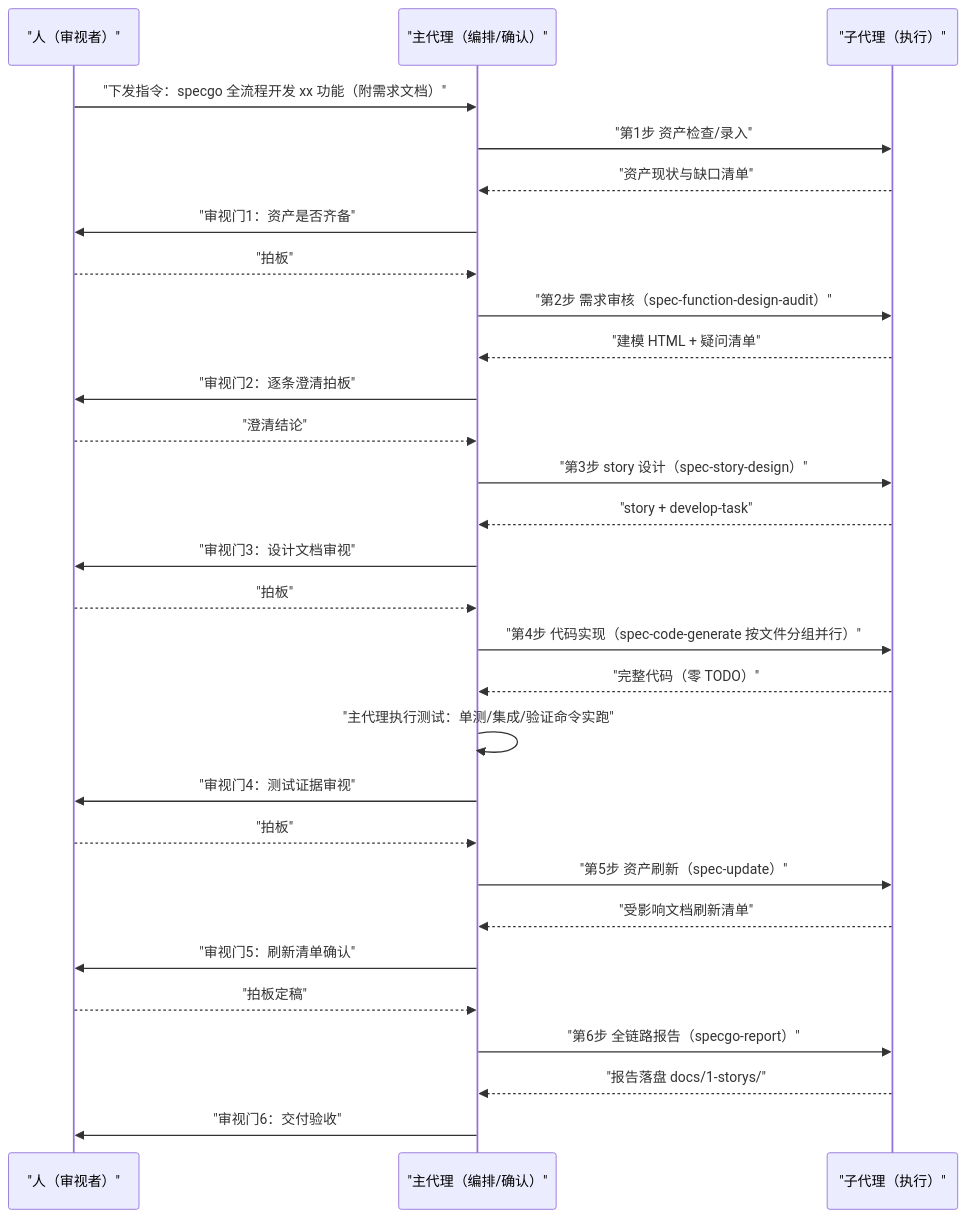
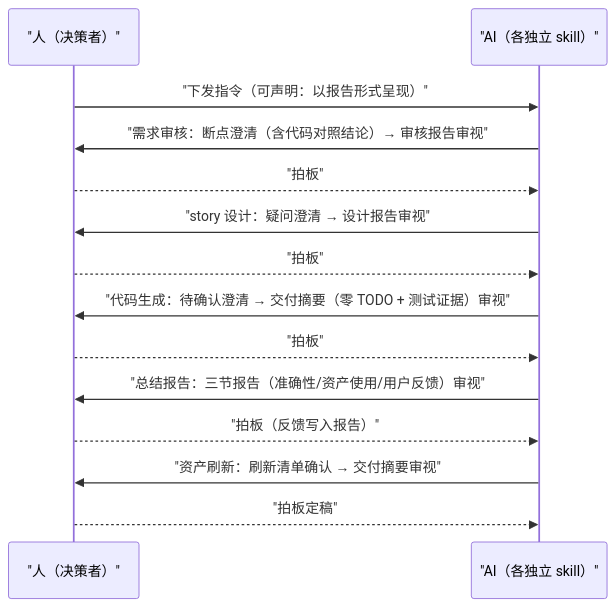
One commit to CoreGeekASTL/specgo changed the fourth of 4 diagrams in README.md. Above: the diagram before and after it, drawn with Mermaid. The commit also changed other lines of this file and 137 other files, not shown here.

````diff
--- a/README.md
+++ b/README.md
@@ -158,31 +135,16 @@
 ```mermaid
 sequenceDiagram
-    participant H as "人（审视者）"
-    participant M as "主代理（编排/确认）"
-    participant W as "子代理（执行）"
-    H->>M: "下发指令：specgo 全流程开发 xx 功能（附需求文档）"
-    M->>W: "第1步 资产检查/录入"
-    W-->>M: "资产现状与缺口清单"
-    M->>H: "审视门1：资产是否齐备"
-    H-->>M: "拍板"
-    M->>W: "第2步 需求审核（spec-function-design-audit）"
-    W-->>M: "建模 HTML + 疑问清单"
-    M->>H: "审视门2：逐条澄清拍板"
-    H-->>M: "澄清结论"
-    M->>W: "第3步 story 设计（spec-story-design）"
-    W-->>M: "story + develop-task"
-    M->>H: "审视门3：设计文档审视"
-    H-->>M: "拍板"
-    M->>W: "第4步 代码实现（spec-code-generate 按文件分组并行）"
-    W-->>M: "完整代码（零 TODO）"
-    M->>M: "主代理执行测试：单测/集成/验证命令实跑"
-    M->>H: "审视门4：测试证据审视"
-    H-->>M: "拍板"
-    M->>W: "第5步 资产刷新（spec-update）"
-    W-->>M: "受影响文档刷新清单"
-    M->>H: "审视门5：刷新清单确认"
-    H-->>M: "拍板定稿"
-    M->>W: "第6步 全链路报告（specgo-report）"
-    W-->>M: "报告落盘 docs/1-storys/"
-    M->>H: "审视门6：交付验收"
+    participant H as "人（决策者）"
+    participant A as "AI（各独立 skill）"
+    H->>A: "下发指令（可声明：以报告形式呈现）"
+    A->>H: "需求审核：断点澄清（含代码对照结论）→ 审核报告审视"
+    H-->>A: "拍板"
+    A->>H: "story 设计：疑问澄清 → 设计报告审视"
+    H-->>A: "拍板"
+    A->>H: "代码生成：待确认澄清 → 交付摘要（零 TODO + 测试证据）审视"
+    H-->>A: "拍板"
+    A->>H: "总结报告：三节报告（准确性/资产使用/用户反馈）审视"
+    H-->>A: "拍板（反馈写入报告）"
+    A->>H: "资产刷新：刷新清单确认 → 交付摘要审视"
+    H-->>A: "拍板定稿"
 ```
````
